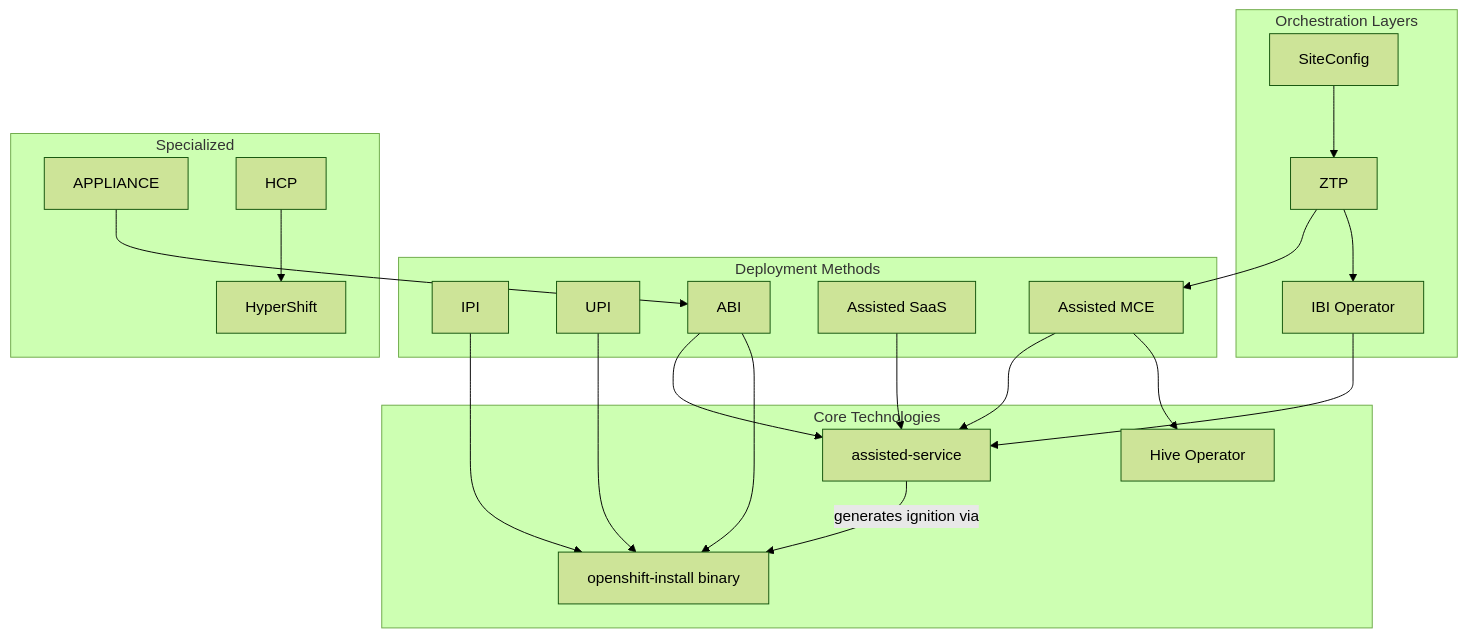
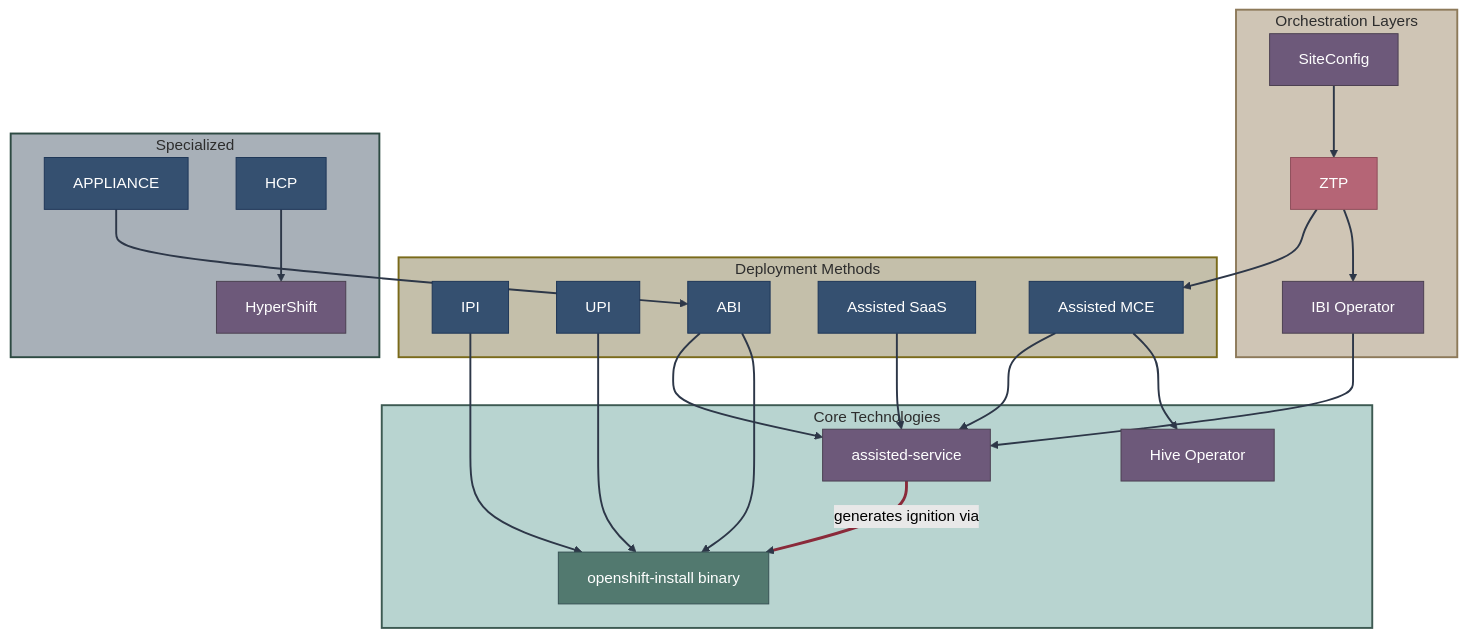
The second of 2 diagrams in 01-installation-methods-overview.md (zszabo-rh/openshift-install-guide), drawn with Mermaid (forest theme) before and after one commit. The commit also changed other lines of this file and 16 other files, not shown here.

Commit message:
improved diagram style

````diff
--- a/01-installation-methods-overview.md
+++ b/01-installation-methods-overview.md
@@ -282,31 +309,54 @@
 ```mermaid
 graph TB
-    subgraph "Core Technologies"
+    subgraph core["Core Technologies"]
         INSTALLER[openshift-install binary]
         ASSISTED_SVC[assisted-service]
         HIVE[Hive Operator]
     end
     
-    subgraph "Deployment Methods"
+    subgraph methods["Deployment Methods"]
         IPI --> INSTALLER
         UPI --> INSTALLER
         ABI --> ASSISTED_SVC
         ABI --> INSTALLER
         SAAS[Assisted SaaS] --> ASSISTED_SVC
         ONPREM[Assisted MCE] --> ASSISTED_SVC
         ONPREM --> HIVE
         ASSISTED_SVC -->|"generates ignition via"| INSTALLER
     end
     
-    subgraph "Orchestration Layers"
+    subgraph orchestration["Orchestration Layers"]
         ZTP --> ONPREM
         ZTP --> IBI_OP[IBI Operator]
         SITECONFIG[SiteConfig] --> ZTP
     end
     
-    subgraph "Specialized"
+    subgraph specialized["Specialized"]
         IBI_OP --> ASSISTED_SVC
         APPLIANCE --> ABI
         HCP --> HYPERSHIFT[HyperShift]
     end
+    
+    style INSTALLER fill:#52796f,stroke:#354f52,color:#fff
+    style ASSISTED_SVC fill:#6d597a,stroke:#4a3f50,color:#fff
+    style HIVE fill:#6d597a,stroke:#4a3f50,color:#fff
+    style IPI fill:#355070,stroke:#1d3557,color:#fff
+    style UPI fill:#355070,stroke:#1d3557,color:#fff
+    style ABI fill:#355070,stroke:#1d3557,color:#fff
+    style SAAS fill:#355070,stroke:#1d3557,color:#fff
+    style ONPREM fill:#355070,stroke:#1d3557,color:#fff
+    style ZTP fill:#b56576,stroke:#8d4e5a,color:#fff
+    style IBI_OP fill:#6d597a,stroke:#4a3f50,color:#fff
+    style SITECONFIG fill:#6d597a,stroke:#4a3f50,color:#fff
+    style APPLIANCE fill:#355070,stroke:#1d3557,color:#fff
+    style HCP fill:#355070,stroke:#1d3557,color:#fff
+    style HYPERSHIFT fill:#6d597a,stroke:#4a3f50,color:#fff
+    
+    style core fill:#b8d4d0,stroke:#3d5a52,stroke-width:2px,color:#2d2d2d
+    style methods fill:#c4bfaa,stroke:#7a6a1a,stroke-width:2px,color:#2d2d2d
+    style orchestration fill:#cfc5b5,stroke:#8d7a5a,stroke-width:2px,color:#2d2d2d
+    style specialized fill:#a8b0b8,stroke:#2d4a42,stroke-width:2px,color:#2d2d2d
+    
+    linkStyle default stroke:#2d3748,stroke-width:2px
+    linkStyle 7 stroke:#8a2a3a,stroke-width:3px
 ```
````
